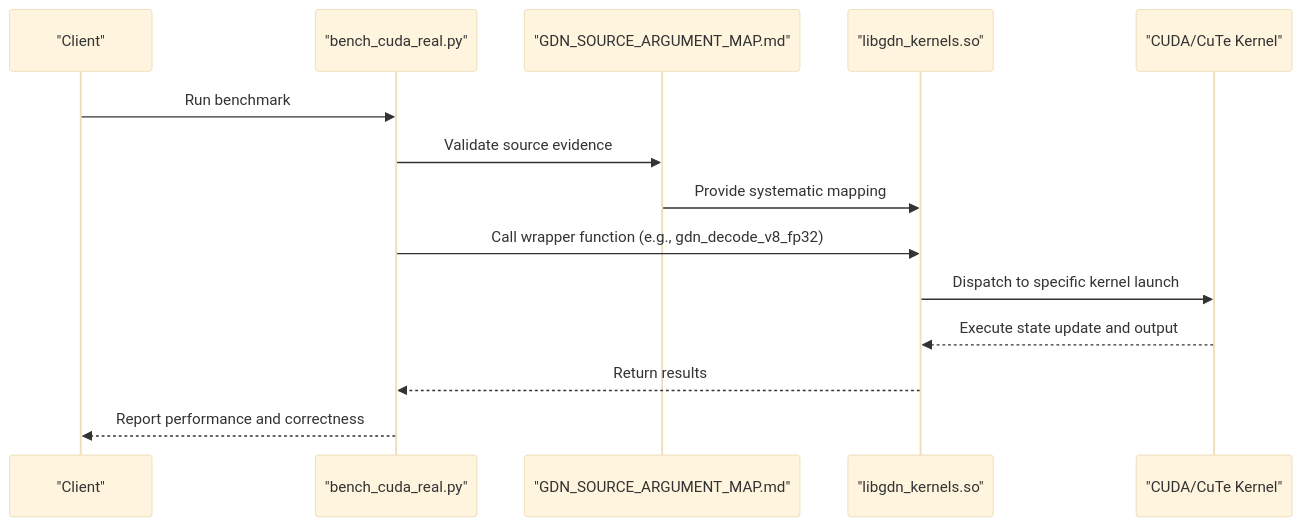
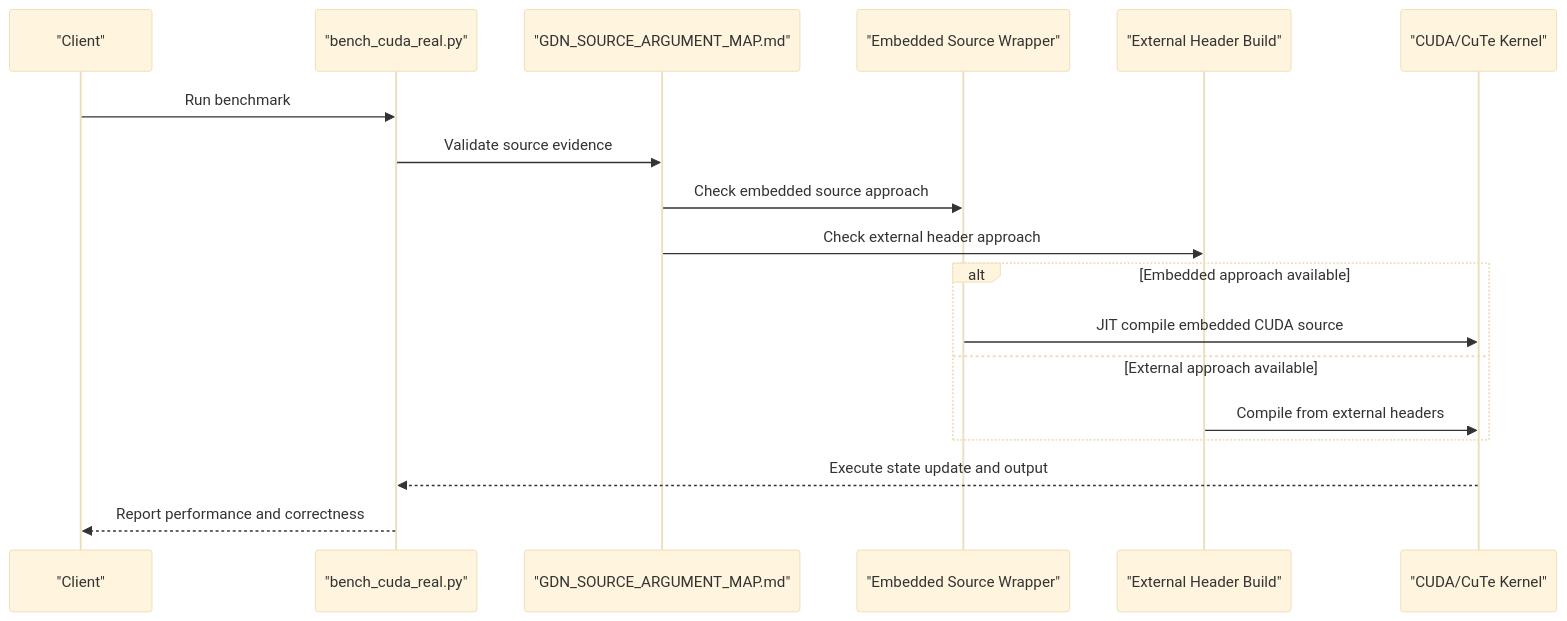
One commit to gugudeshubao/flashinfer-bench-tma-thrust changed the second of 7 diagrams in .qoder/repowiki/en/content/Performance Analysis/GDN Source Argument Map.md. Above: the diagram before and after it, drawn with Mermaid (base theme). The commit also changed other lines of this file and 46 other files, not shown here.

````diff
--- a/.qoder/repowiki/en/content/Performance Analysis/GDN Source Argument Map.md
+++ b/.qoder/repowiki/en/content/Performance Analysis/GDN Source Argument Map.md
@@ -133,16 +148,20 @@
 ```mermaid
 sequenceDiagram
 participant Client as "Client"
 participant Bench as "bench_cuda_real.py"
 participant ArgMap as "GDN_SOURCE_ARGUMENT_MAP.md"
-participant Lib as "libgdn_kernels.so"
+participant Embedded as "Embedded Source Wrapper"
+participant External as "External Header Build"
 participant Kernel as "CUDA/CuTe Kernel"
 Client->>Bench : Run benchmark
 Bench->>ArgMap : Validate source evidence
-ArgMap->>Lib : Provide systematic mapping
-Bench->>Lib : Call wrapper function (e.g., gdn_decode_v8_fp32)
-Lib->>Kernel : Dispatch to specific kernel launch
-Kernel-->>Lib : Execute state update and output
-Lib-->>Bench : Return results
+ArgMap->>Embedded : Check embedded source approach
+ArgMap->>External : Check external header approach
+alt Embedded approach available
+Embedded->>Kernel : JIT compile embedded CUDA source
+else External approach available
+External->>Kernel : Compile from external headers
+end
+Kernel-->>Bench : Execute state update and output
 Bench-->>Client : Report performance and correctness
 ```
````
